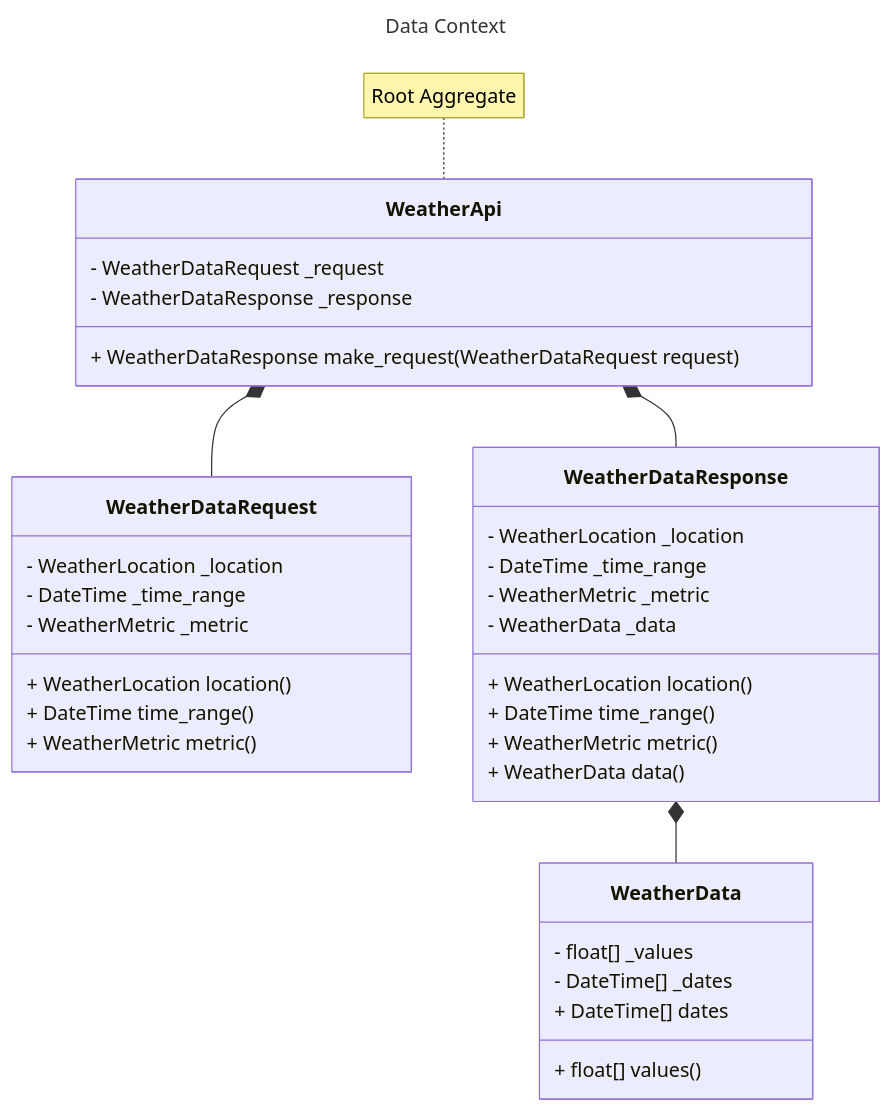
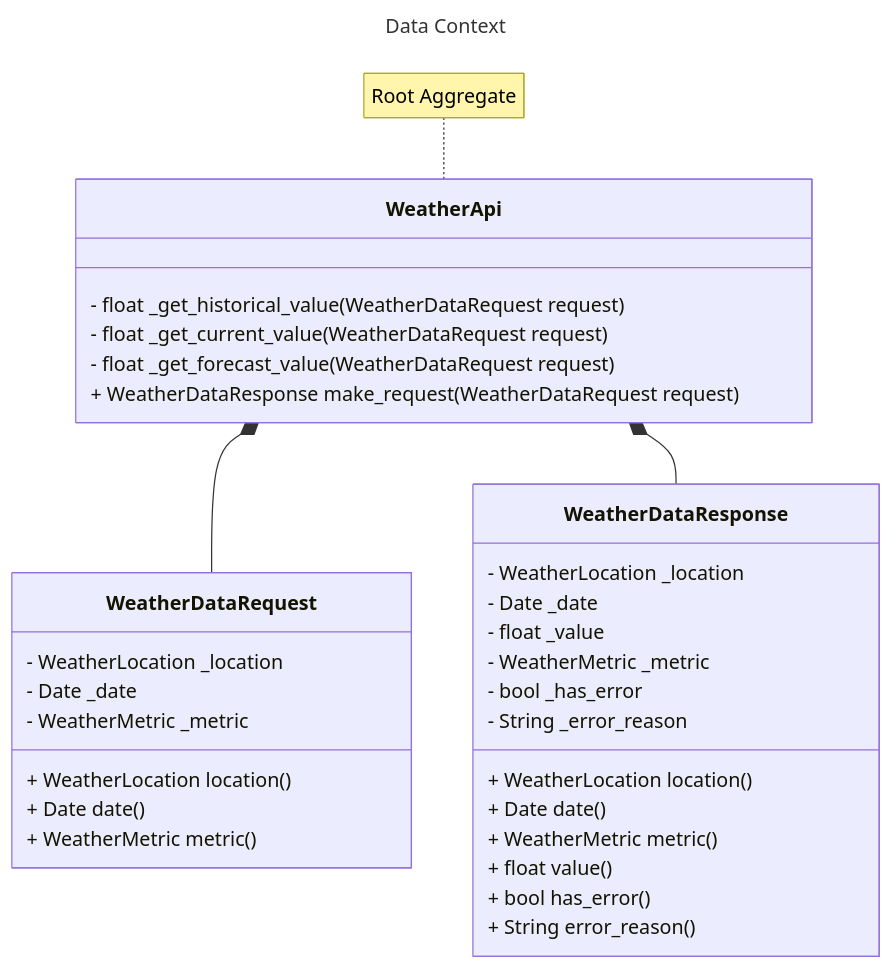
Before and after one commit to yhutter-dv/fhgr-tweather: the third of 5 diagrams in doc/architecture.md, drawn with Mermaid. The commit also changed other lines of this file and 5 other files, not shown here.

Commit message:
Update class diagram

````diff
--- a/doc/architecture.md
+++ b/doc/architecture.md
@@ -140,44 +151,41 @@
 ```mermaid
 ---
 title: Data Context
 ---
 classDiagram
 
     WeatherApi *-- WeatherDataRequest
     WeatherApi *-- WeatherDataResponse
-    WeatherDataResponse *-- WeatherData
 
     note for WeatherApi "Root Aggregate"
     class WeatherApi {
-        - WeatherDataRequest _request
-        - WeatherDataResponse _response
+        - float _get_historical_value(WeatherDataRequest request)
+        - float _get_current_value(WeatherDataRequest request)
+        - float _get_forecast_value(WeatherDataRequest request)
         + WeatherDataResponse make_request(WeatherDataRequest request) 
     }
 
     class WeatherDataRequest {
         - WeatherLocation _location
-        - DateTime _time_range
+        - Date _date
         - WeatherMetric _metric
         + WeatherLocation location()
-        + DateTime time_range()
+        + Date date()
         + WeatherMetric metric()
     }
 
     class WeatherDataResponse {
         - WeatherLocation _location
-        - DateTime _time_range
+        - Date _date
+        - float _value
         - WeatherMetric _metric
-        - WeatherData _data
+        - bool _has_error
+        - String _error_reason
         + WeatherLocation location()
-        + DateTime time_range()
+        + Date date()
         + WeatherMetric metric()
-        + WeatherData data()
-    }
-
-    class WeatherData {
-        - float[] _values
-        - DateTime[] _dates
-        + float[] values()
-        + DateTime[] dates
+        + float value()
+        + bool has_error()
+        + String error_reason()
     }
 ```
````
